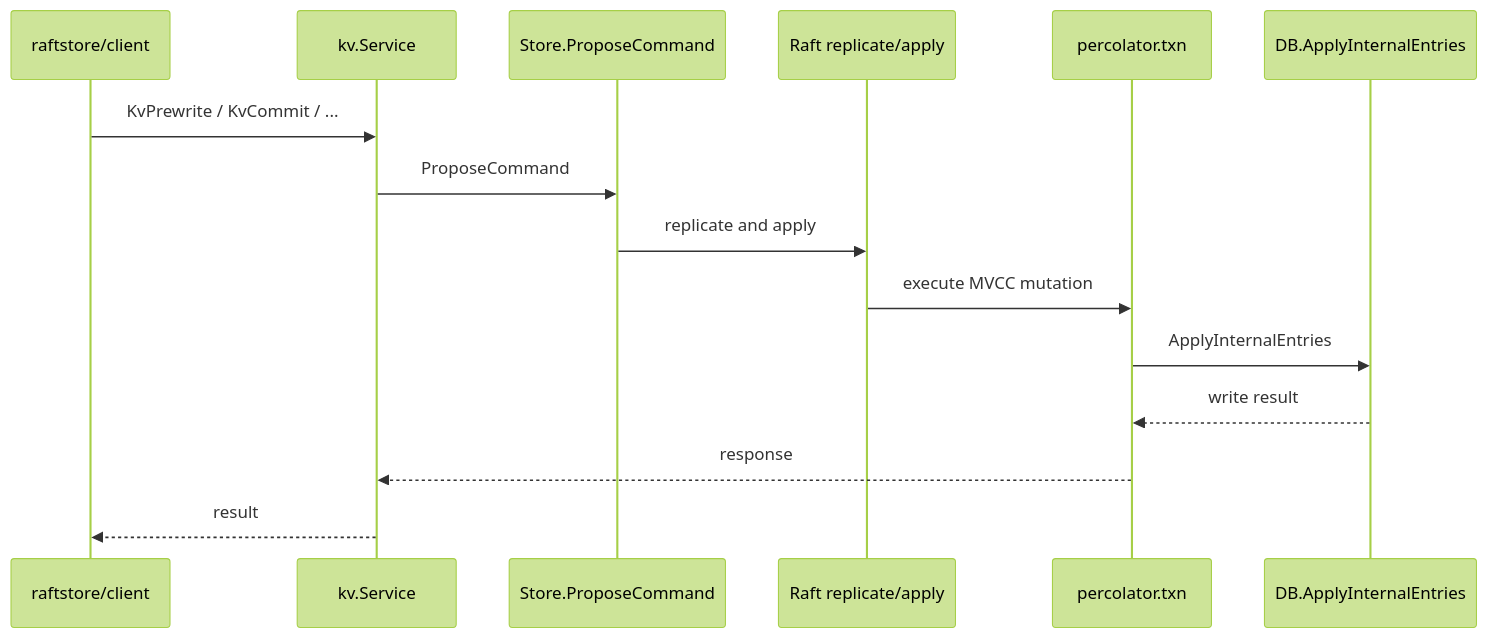
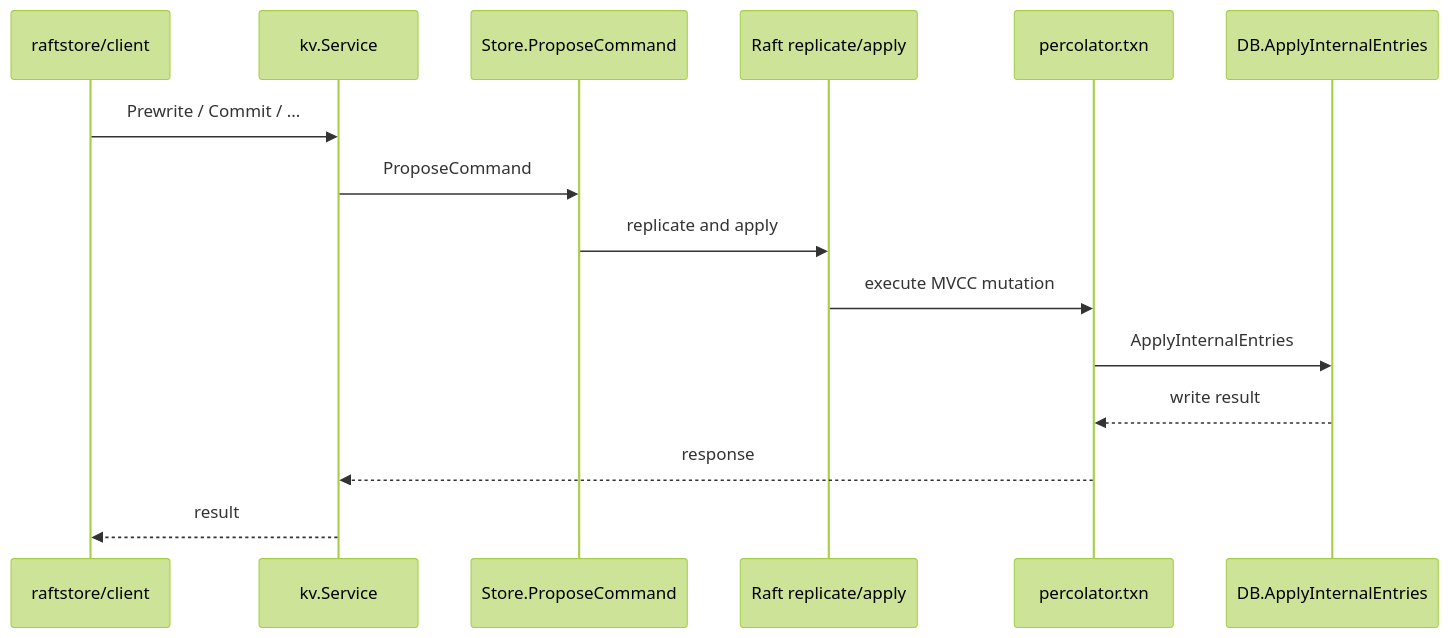
One commit to feichai0017/NoKV changed the third of 3 diagrams in docs/runtime.md. Above: the diagram before and after it, drawn with Mermaid (forest theme). The commit also changed 175 other files, not shown here.

Commit message:
Refine storage architecture boundaries (#223)

````diff
--- a/docs/runtime.md
+++ b/docs/runtime.md
@@ -93,17 +93,17 @@
 ```mermaid
 sequenceDiagram
     participant CL as raftstore/client
     participant SVC as kv.Service
     participant ST as Store.ProposeCommand
     participant RF as Raft replicate/apply
     participant TXN as percolator.txn
     participant DB as DB.ApplyInternalEntries
-    CL->>SVC: KvPrewrite / KvCommit / ...
+    CL->>SVC: Prewrite / Commit / ...
     SVC->>ST: ProposeCommand
     ST->>RF: replicate and apply
     RF->>TXN: execute MVCC mutation
     TXN->>DB: ApplyInternalEntries
     DB-->>TXN: write result
     TXN-->>SVC: response
     SVC-->>CL: result
 ```
````
